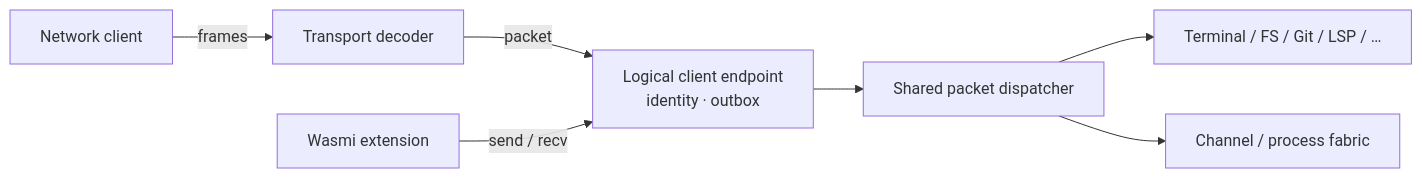
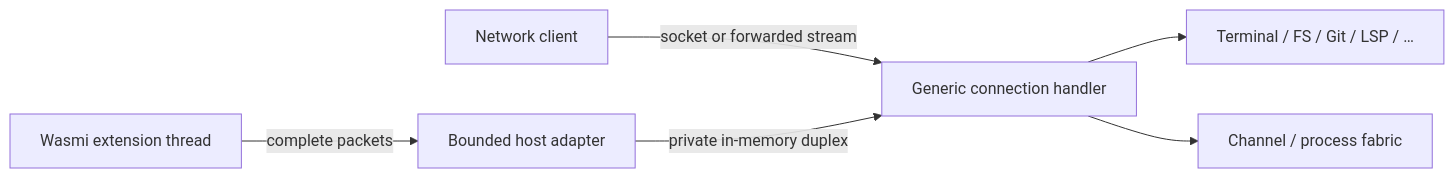
The first of 2 diagrams in docs/design/extensions.md (indent-com/blit), drawn with Mermaid before and after one commit. The commit also changed other lines of this file and 26 other files, not shown here.

Commit message:
docs: address extension RFC architecture review

````diff
--- a/docs/design/extensions.md
+++ b/docs/design/extensions.md
@@ -223,9 +240,8 @@
 ```mermaid
 flowchart LR
-    Network["Network client"] -->|frames| Decoder["Transport decoder"]
-    Decoder -->|packet| Endpoint["Logical client endpoint<br/>identity · outbox"]
-    Extension["Wasmi extension"] -->|send / recv| Endpoint
-    Endpoint --> Dispatcher["Shared packet dispatcher"]
-    Dispatcher --> Existing["Terminal / FS / Git / LSP / …"]
-    Dispatcher --> Fabric["Channel / process fabric"]
+    Network["Network client"] -->|socket or forwarded stream| Handler["Generic connection handler"]
+    Extension["Wasmi extension thread"] -->|complete packets| Adapter["Bounded host adapter"]
+    Adapter -->|private in-memory duplex| Handler
+    Handler --> Existing["Terminal / FS / Git / LSP / …"]
+    Handler --> Fabric["Channel / process fabric"]
 ```
````
